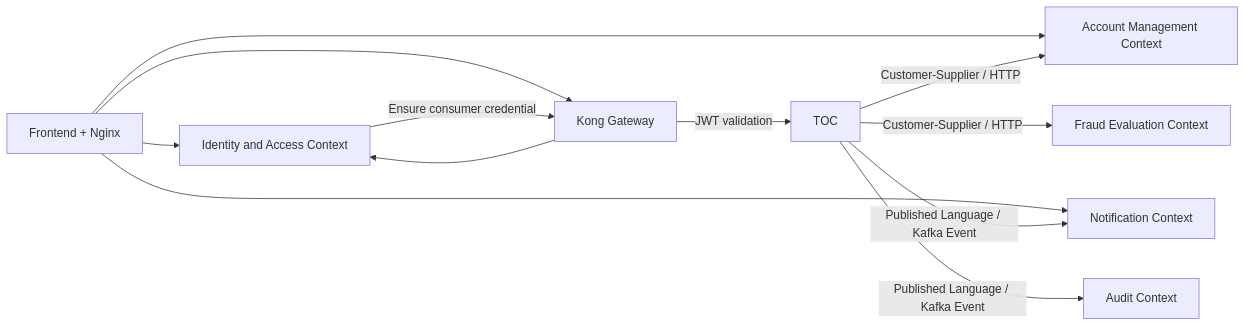
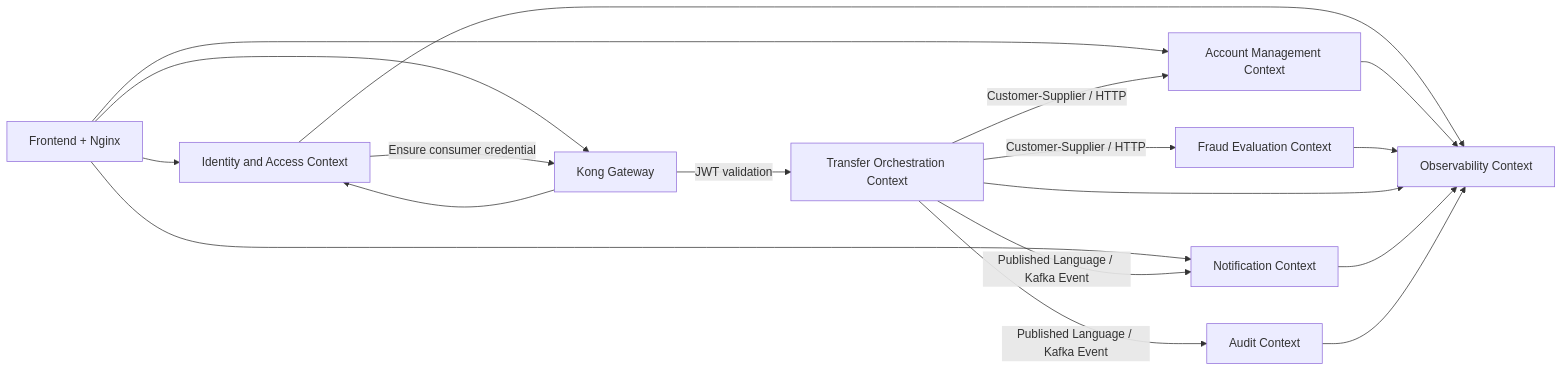
The second of 6 diagrams in docs/analysis-and-design-ddd.md (HungDung2012/mini-banking-transfer-system), drawn with Mermaid before and after one commit. The commit also changed other lines of this file and 9 other files, not shown here.

````diff
--- a/docs/analysis-and-design-ddd.md
+++ b/docs/analysis-and-design-ddd.md
@@ -144,14 +165,20 @@
 ```mermaid
 graph LR
     UI[Frontend + Nginx] --> IAM[Identity and Access Context]
     UI --> AMC[Account Management Context]
     UI --> NC[Notification Context]
     UI --> KG[Kong Gateway]
     KG --> IAM
     IAM -- "Ensure consumer credential" --> KG
-    KG -- "JWT validation" --> TOC
-    TOC -- "Customer-Supplier / HTTP" --> AMC[Account Management Context]
+    KG -- "JWT validation" --> TOC[Transfer Orchestration Context]
+    TOC -- "Customer-Supplier / HTTP" --> AMC
     TOC -- "Customer-Supplier / HTTP" --> FEC[Fraud Evaluation Context]
     TOC -- "Published Language / Kafka Event" --> NC
     TOC -- "Published Language / Kafka Event" --> AC[Audit Context]
+    IAM --> OBS[Observability Context]
+    AMC --> OBS
+    FEC --> OBS
+    TOC --> OBS
+    NC --> OBS
+    AC --> OBS
 ```
````
